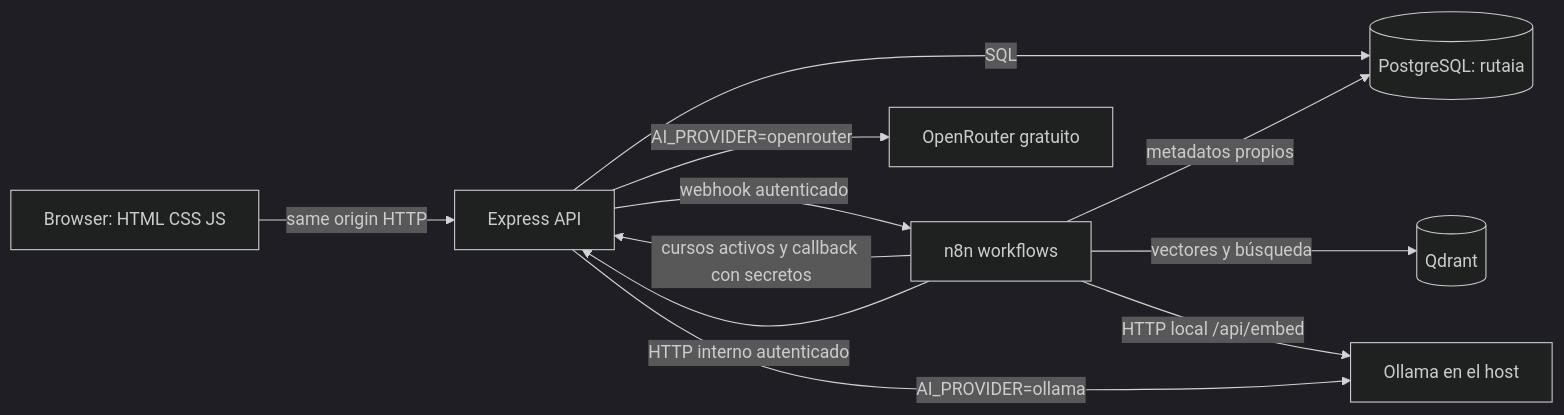
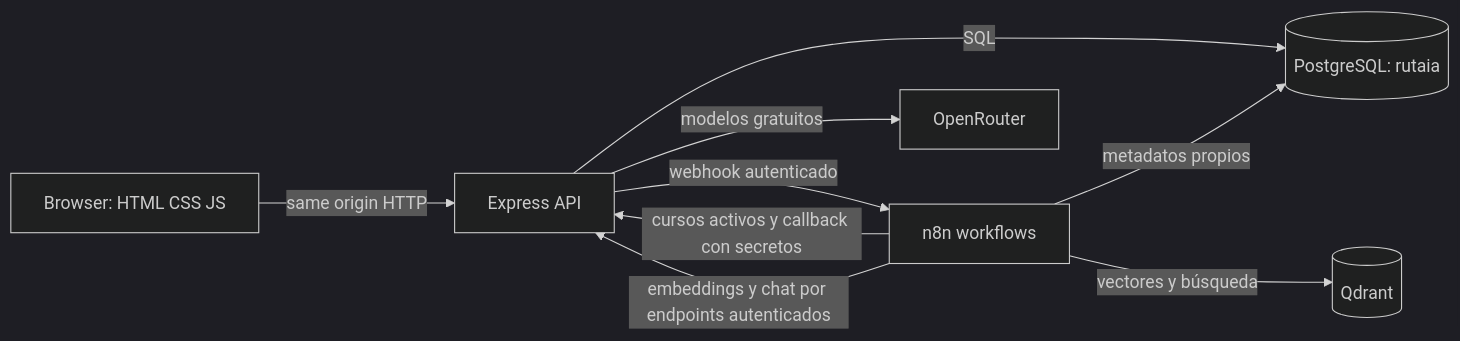
Before and after one commit to TOTO05-a/ruta-ia: the diagram in docs/MANUAL_PROYECTO.md, drawn with Mermaid (dark theme). The commit also changed other lines of this file and 45 other files, not shown here.

````diff
--- a/docs/MANUAL_PROYECTO.md
+++ b/docs/MANUAL_PROYECTO.md
@@ -63,13 +67,11 @@
 ```mermaid
 flowchart LR
   Browser[Browser: HTML CSS JS] -->|same origin HTTP| API[Express API]
   API -->|SQL| PG[(PostgreSQL: rutaia)]
   API -->|webhook autenticado| N8N[n8n workflows]
   N8N -->|cursos activos y callback con secretos| API
   N8N -->|vectores y búsqueda| Q[(Qdrant)]
-  N8N -->|HTTP local /api/embed| O[Ollama en el host]
-  N8N -->|HTTP interno autenticado| API
-  API -->|AI_PROVIDER=ollama| O
-  API -->|AI_PROVIDER=openrouter| OR[OpenRouter gratuito]
+  N8N -->|embeddings y chat por endpoints autenticados| API
+  API -->|modelos gratuitos| OR[OpenRouter]
   N8N -->|metadatos propios| PG
 ```
````
